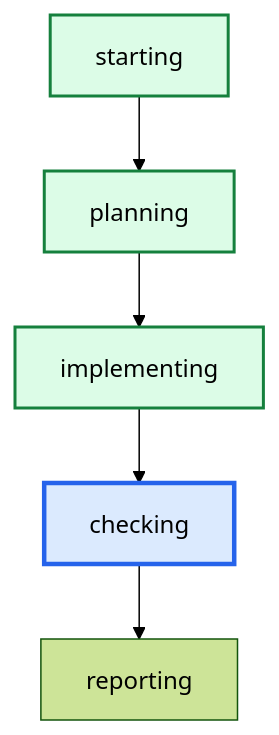
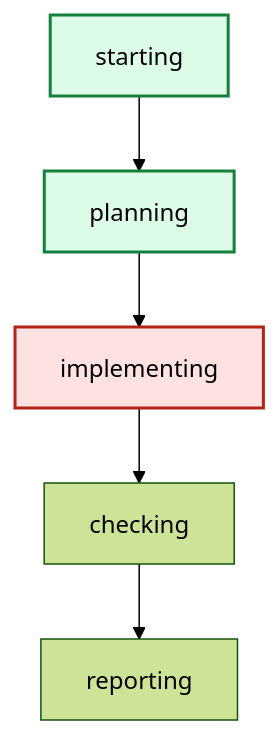
One commit to daniell0gda/hermes-feature-check-dashboard changed the diagram in latest/graph.mmd. Above: the diagram before and after it, drawn with Mermaid (forest theme). The commit also changed 11 other files, not shown here.

```diff
--- a/latest/graph.mmd
+++ b/latest/graph.mmd
@@ -1,13 +1,12 @@
 graph TD
     starting --> planning
     planning --> implementing
     implementing --> checking
     checking --> reporting
 
 classDef done fill:#dcfce7,stroke:#15803d,stroke-width:2px;
 classDef active fill:#dbeafe,stroke:#2563eb,stroke-width:3px;
 classDef failed fill:#fee2e2,stroke:#b42318,stroke-width:2px;
-class checking active;
-class implementing done;
+class implementing failed;
+class planning done;
 class starting done;
-class planning done;
```
